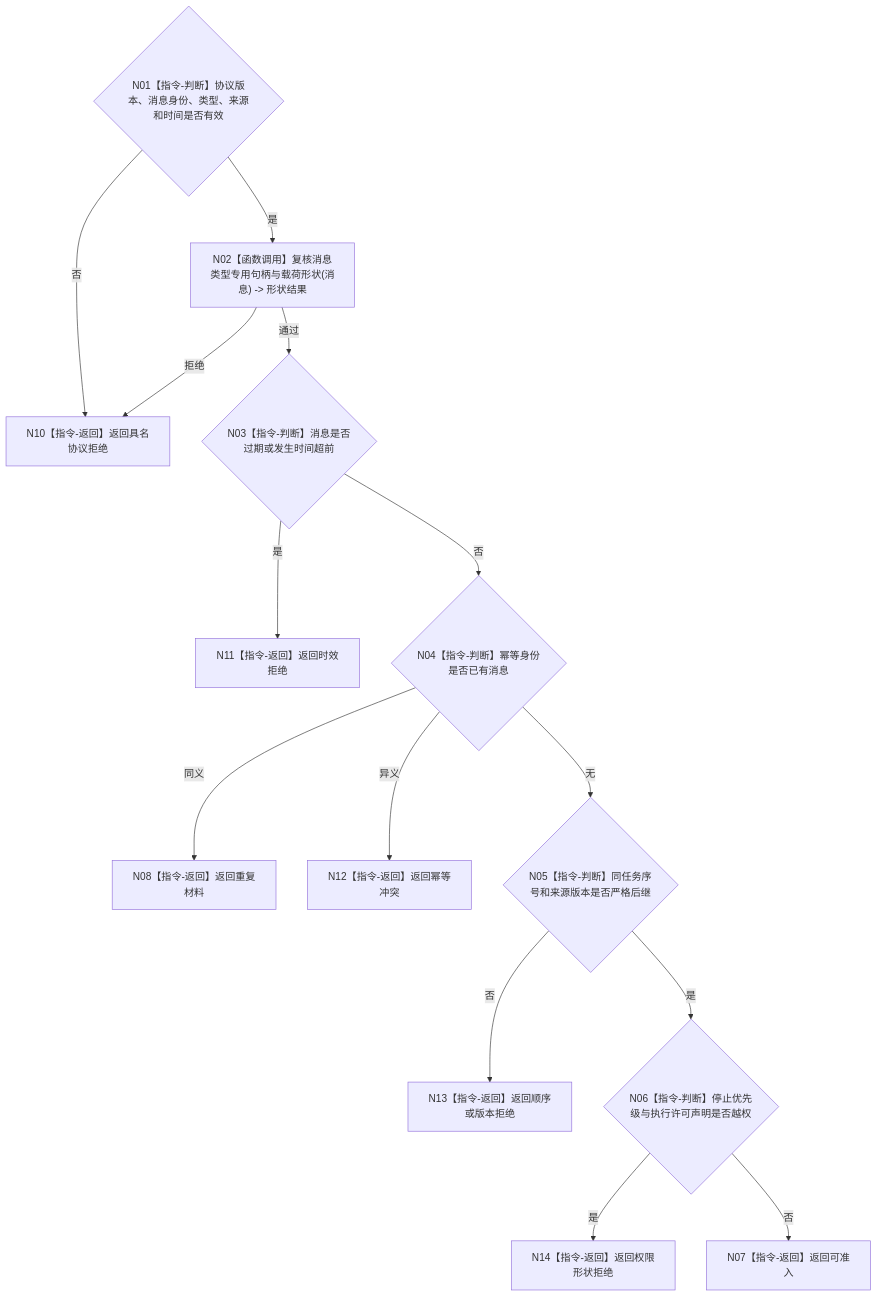
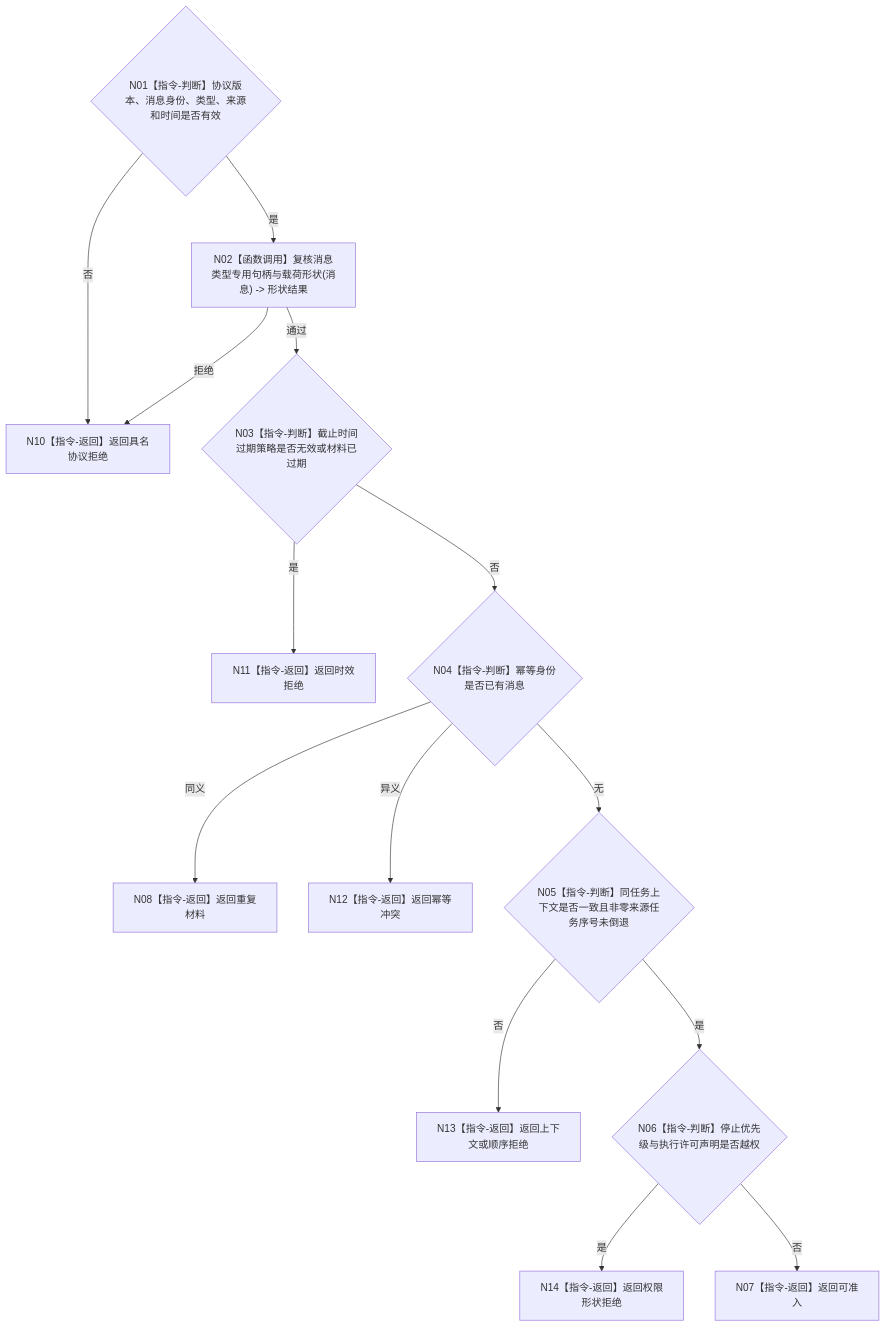
Before and after one commit to chunhaizh-cyber/HY-Ego: the diagram in 流程图/目标业务流程图/L3/BIZ-L3-002-03-01_复核自我治理消息_目标函数流程图_v0.1.md, drawn with Mermaid. The commit also changed other lines of this file and 8 other files, not shown here.

````diff
--- a/流程图/目标业务流程图/L3/BIZ-L3-002-03-01_复核自我治理消息_目标函数流程图_v0.1.md
+++ b/流程图/目标业务流程图/L3/BIZ-L3-002-03-01_复核自我治理消息_目标函数流程图_v0.1.md
@@ -30,16 +30,16 @@
 ```mermaid
 flowchart TD
     N01{"N01【指令-判断】协议版本、消息身份、类型、来源和时间是否有效"} -->|否| N10["N10【指令-返回】返回具名协议拒绝"]
     N01 -->|是| N02["N02【函数调用】复核消息类型专用句柄与载荷形状(消息) -> 形状结果"]
     N02 -->|拒绝| N10
-    N02 -->|通过| N03{"N03【指令-判断】消息是否过期或发生时间超前"}
+    N02 -->|通过| N03{"N03【指令-判断】截止时间过期策略是否无效或材料已过期"}
     N03 -->|是| N11["N11【指令-返回】返回时效拒绝"]
     N03 -->|否| N04{"N04【指令-判断】幂等身份是否已有消息"}
     N04 -->|同义| N08["N08【指令-返回】返回重复材料"]
     N04 -->|异义| N12["N12【指令-返回】返回幂等冲突"]
-    N04 -->|无| N05{"N05【指令-判断】同任务序号和来源版本是否严格后继"}
-    N05 -->|否| N13["N13【指令-返回】返回顺序或版本拒绝"]
+    N04 -->|无| N05{"N05【指令-判断】同任务上下文是否一致且非零来源任务序号未倒退"}
+    N05 -->|否| N13["N13【指令-返回】返回上下文或顺序拒绝"]
     N05 -->|是| N06{"N06【指令-判断】停止优先级与执行许可声明是否越权"}
     N06 -->|是| N14["N14【指令-返回】返回权限形状拒绝"]
     N06 -->|否| N07["N07【指令-返回】返回可准入"]
 ```
````
